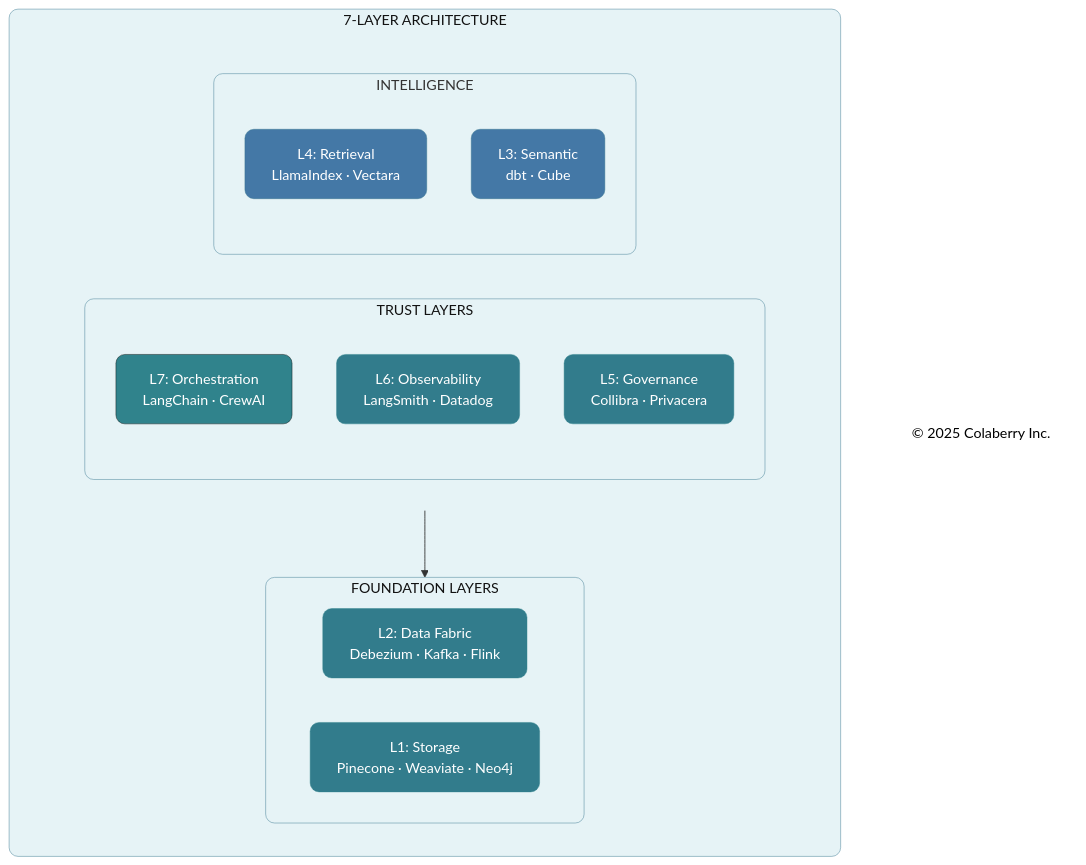
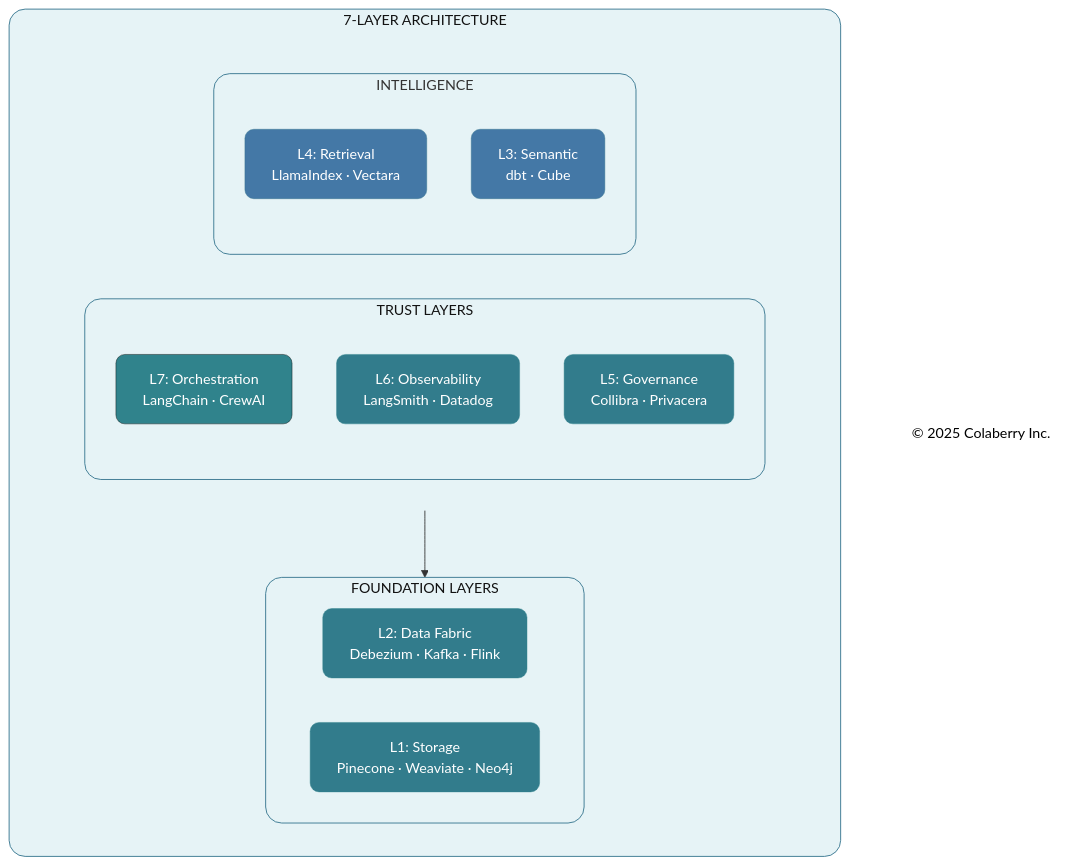
The fourth of 5 diagrams in manuscript/12_chapter_11_technology_selection_guide_v1_2.md (saitejesh-cyber/trust-before-intelligence-book), drawn with Mermaid before and after one commit. The commit also changed other lines of this file and 12 other files, not shown here.

````diff
--- a/manuscript/12_chapter_11_technology_selection_guide_v1_2.md
+++ b/manuscript/12_chapter_11_technology_selection_guide_v1_2.md
@@ -446,47 +446,47 @@
 ```mermaid
 
 graph TB
     subgraph STACK["7-LAYER ARCHITECTURE"]
         direction TB
         subgraph ROW1[" "]
             direction LR
             subgraph TRUST["TRUST LAYERS"]
                 direction TB
                 L7["L7: Orchestration<br/>LangChain · CrewAI"]
                 L6["L6: Observability<br/>LangSmith · Datadog"]
                 L5["L5: Governance<br/>Collibra · Privacera"]
             end
             
             subgraph INTEL["INTELLIGENCE"]
                 direction TB
                 L4["L4: Retrieval<br/>LlamaIndex · Vectara"]
                 L3["L3: Semantic<br/>dbt · Cube"]
             end
         end
         
         subgraph FOUND["FOUNDATION LAYERS"]
             direction LR
             L2["L2: Data Fabric<br/>Debezium · Kafka · Flink"]
             L1["L1: Storage<br/>Pinecone · Weaviate · Neo4j"]
         end
     end
     
     Copyright["© 2025 Colaberry Inc."]
     
     ROW1 --> FOUND
     
-    style STACK fill:#E6F3F6,stroke:#32738C,stroke-width:0.5px,color:#121212,rx:10,ry:10
+    style STACK fill:#E6F3F6,stroke:#32738C,stroke-width:1px,color:#121212,rx:18,ry:18
     style ROW1 fill:none,stroke:none,rx:10,ry:10
-    style TRUST fill:#E6F3F6,stroke:#32738C,stroke-width:0.5px,color:#121212,rx:10,ry:10
-    style INTEL fill:#E6F3F6,stroke:#32738C,stroke-width:0.5px,rx:10,ry:10
-    style FOUND fill:#E6F3F6,stroke:#32738C,stroke-width:0.5px,color:#121212,rx:10,ry:10
+    style TRUST fill:#E6F3F6,stroke:#32738C,stroke-width:1px,color:#121212,rx:18,ry:18
+    style INTEL fill:#E6F3F6,stroke:#32738C,stroke-width:1px,rx:18,ry:18
+    style FOUND fill:#E6F3F6,stroke:#32738C,stroke-width:1px,color:#121212,rx:18,ry:18
     style L7 fill:#30838C,stroke:#0D0D0D,stroke-width:0.5px,color:#ffffff,rx:10,ry:10
     style L6 fill:#327C8C,stroke:#30838C,stroke-width:0.5px,color:#ffffff,rx:10,ry:10
     style L5 fill:#327C8C,stroke:#30838C,stroke-width:0.5px,color:#ffffff,rx:10,ry:10
     style L4 fill:#4478A6,stroke:#32738C,stroke-width:0.5px,color:#ffffff,rx:10,ry:10
     style L3 fill:#4478A6,stroke:#32738C,stroke-width:0.5px,color:#ffffff,rx:10,ry:10
     style L2 fill:#327C8C,stroke:#30838C,stroke-width:0.5px,color:#ffffff,rx:10,ry:10
     style L1 fill:#327C8C,stroke:#30838C,stroke-width:0.5px,color:#ffffff,rx:10,ry:10
     style Copyright fill:none,stroke:none,color:#000000
 
 ```
````
